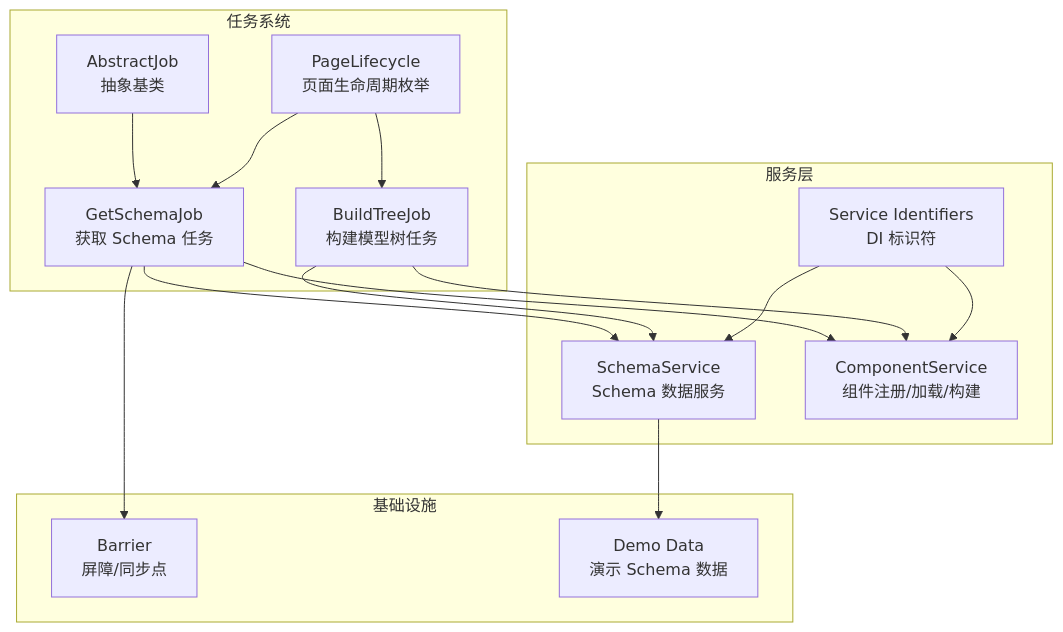
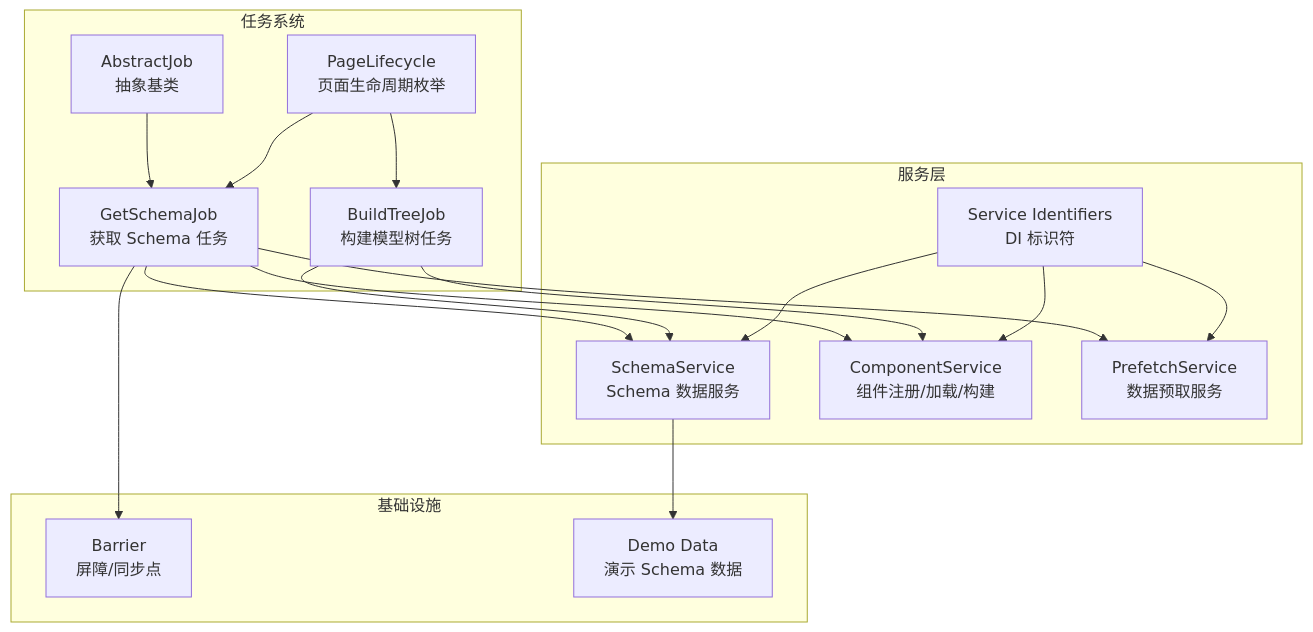
One commit to pomeloneo/mobile-builder-arch-demo changed the first of 7 diagrams in .qoder/repowiki/zh/content/任务系统/Job调度/任务类型/GetSchemaJob.md. Above: the diagram before and after it, drawn with Mermaid. The commit also changed other lines of this file and 211 other files, not shown here.

````diff
--- a/.qoder/repowiki/zh/content/任务系统/Job调度/任务类型/GetSchemaJob.md
+++ b/.qoder/repowiki/zh/content/任务系统/Job调度/任务类型/GetSchemaJob.md
@@ -33,29 +41,32 @@
 ```mermaid
 graph TB
 subgraph "任务系统"
 A["AbstractJob<br/>抽象基类"]
 B["GetSchemaJob<br/>获取 Schema 任务"]
 C["BuildTreeJob<br/>构建模型树任务"]
 D["PageLifecycle<br/>页面生命周期枚举"]
 end
 subgraph "服务层"
 E["SchemaService<br/>Schema 数据服务"]
 F["ComponentService<br/>组件注册/加载/构建"]
-G["Service Identifiers<br/>DI 标识符"]
+G["PrefetchService<br/>数据预取服务"]
+H["Service Identifiers<br/>DI 标识符"]
 end
 subgraph "基础设施"
-H["Barrier<br/>屏障/同步点"]
-I["Demo Data<br/>演示 Schema 数据"]
+I["Barrier<br/>屏障/同步点"]
+J["Demo Data<br/>演示 Schema 数据"]
 end
 A --> B
 B --> E
 B --> F
+B --> G
 C --> F
 C --> E
-B --> H
-E --> I
-G --> E
-G --> F
+B --> I
+E --> J
+H --> E
+H --> F
+H --> G
 D --> B
 D --> C
 ```
````
